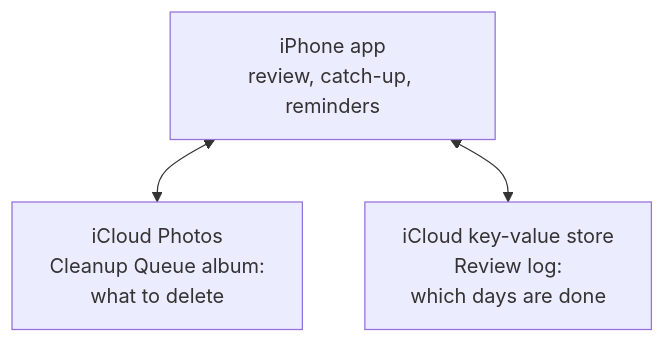
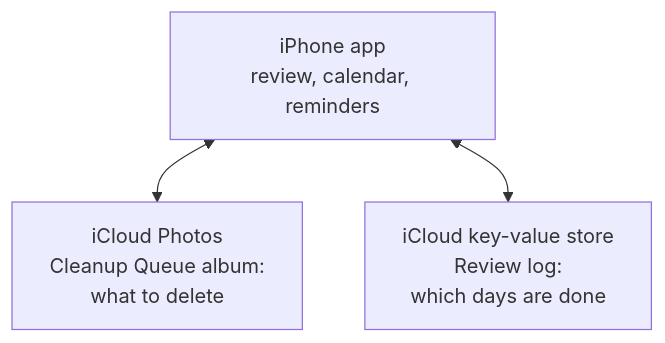
One commit to CodeLikeALittleOldLady/my-first-iphone-app changed the diagram in README.md. Above: the diagram before and after it, drawn with Mermaid. The commit also changed other lines of this file and 9 other files, not shown here.

````diff
--- a/README.md
+++ b/README.md
@@ -41,8 +41,8 @@
 ```mermaid
 flowchart TB
-    app["iPhone app<br/>review, catch-up, reminders"]
+    app["iPhone app<br/>review, calendar, reminders"]
     photos["iCloud Photos<br/>Cleanup Queue album:<br/>what to delete"]
     log["iCloud key-value store<br/>Review log:<br/>which days are done"]
     app <--> photos
     app <--> log
 ```
````
